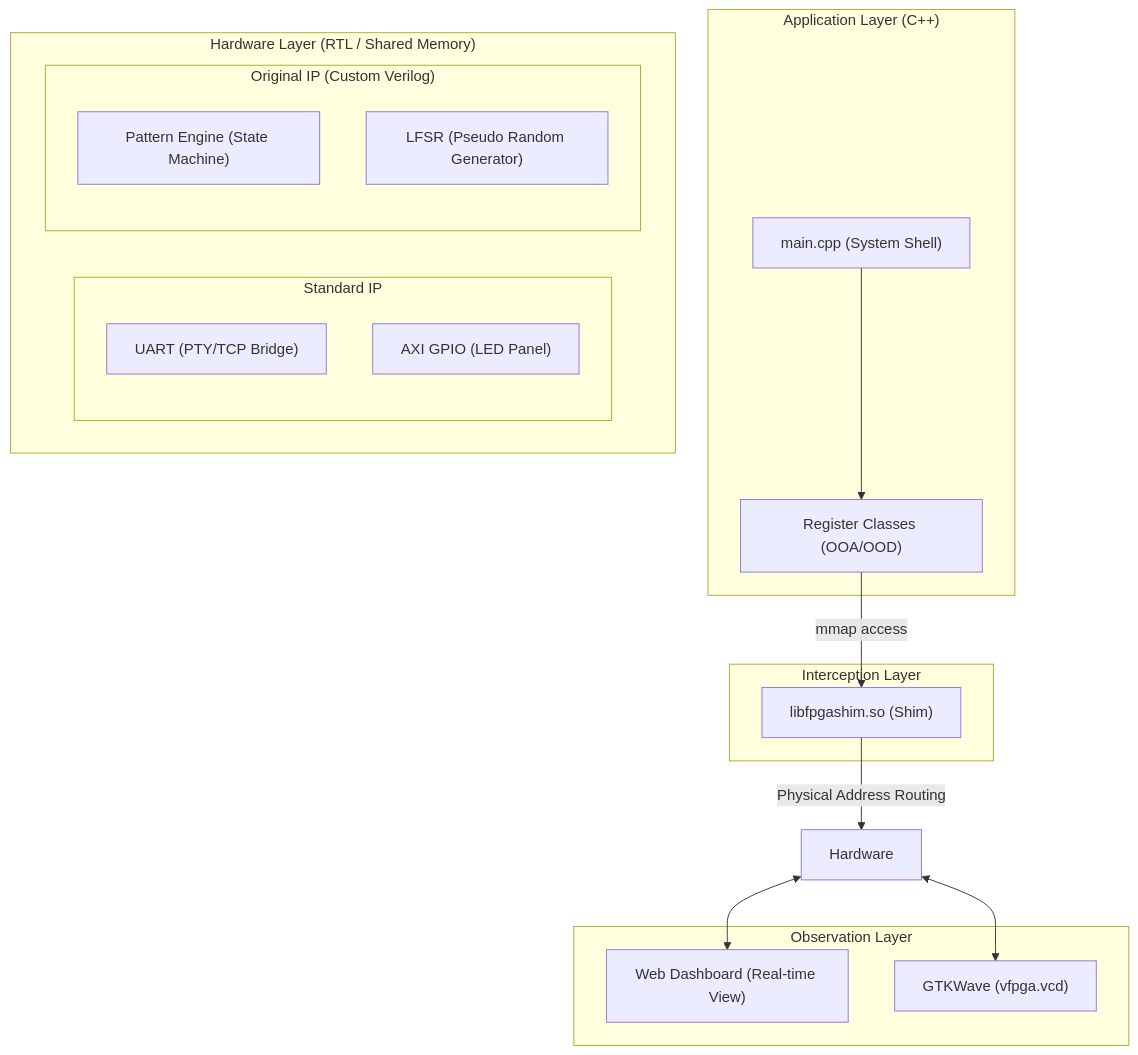
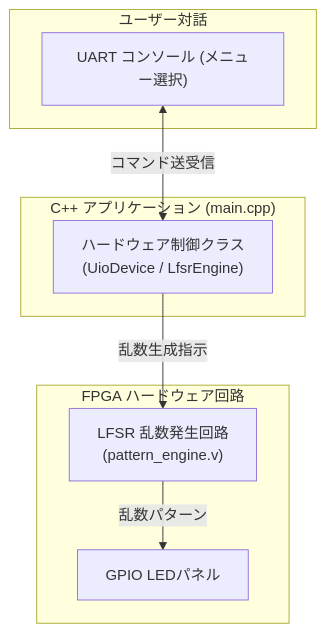
Before and after one commit to sirosiro/FPGA-BoardlessBench: the diagram in tests/scenarios/S01_cpp_lfsr_sequencer/README.md, drawn with Mermaid. The commit also changed other lines of this file and 48 other files, not shown here.

````diff
--- a/tests/scenarios/S01_cpp_lfsr_sequencer/README.md
+++ b/tests/scenarios/S01_cpp_lfsr_sequencer/README.md
@@ -9,33 +21,19 @@
 ```mermaid
-graph TD
-    subgraph "Application Layer (C++)"
-        App["main.cpp (System Shell)"]
-        RegClass["Register Classes (OOA/OOD)"]
+flowchart TD
+    subgraph UI ["ユーザー対話"]
+        Terminal["UART コンソール (メニュー選択)"]
     end
 
-    subgraph "Interception Layer"
-        Shim["libfpgashim.so (Shim)"]
+    subgraph CppApp ["C++ アプリケーション (main.cpp)"]
+        OOP["ハードウェア制御クラス\n(UioDevice / LfsrEngine)"]
     end
 
-    subgraph "Hardware Layer (RTL / Shared Memory)"
-        subgraph "Standard IP"
-            UART["UART (PTY/TCP Bridge)"]
-            GPIO["AXI GPIO (LED Panel)"]
-        end
-        subgraph "Original IP (Custom Verilog)"
-            Engine["Pattern Engine (State Machine)"]
-            LFSR["LFSR (Pseudo Random Generator)"]
-        end
+    subgraph FPGA ["FPGA ハードウェア回路"]
+        LFSR["LFSR 乱数発生回路\n(pattern_engine.v)"]
+        GPIO["GPIO LEDパネル"]
     end
 
-    subgraph "Observation Layer"
-        Dash["Web Dashboard (Real-time View)"]
-        Wave["GTKWave (vfpga.vcd)"]
-    end
-
-    App --> RegClass
-    RegClass -->|"mmap access"| Shim
-    Shim -->|"Physical Address Routing"| Hardware
-    Hardware <--> Dash
-    Hardware <--> Wave
+    Terminal <-->|"コマンド送受信"| OOP
+    OOP -->|"乱数生成指示"| LFSR
+    LFSR -->|"乱数パターン"| GPIO
 ```
````
